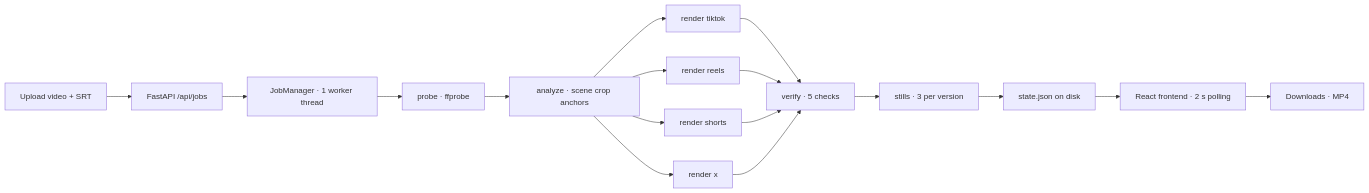
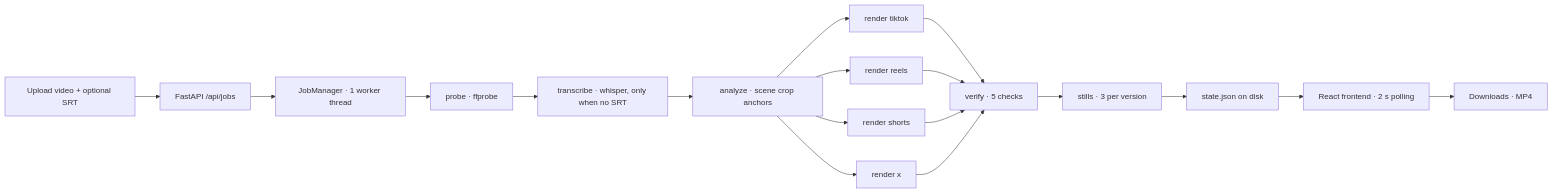
One commit to Divyanshu-kumar14/Edit-Once changed the diagram in README.md. Above: the diagram before and after it, drawn with Mermaid. The commit also changed other lines of this file, not shown here.

Commit message:
docs: README covers optional SRT + local transcription (M7)

````diff
--- a/README.md
+++ b/README.md
@@ -40,19 +44,20 @@
 ```mermaid
 flowchart LR
-    U[Upload video + SRT] --> API[FastAPI /api/jobs]
+    U[Upload video + optional SRT] --> API[FastAPI /api/jobs]
     API --> Q[JobManager · 1 worker thread]
     Q --> P[probe · ffprobe]
-    P --> A[analyze · scene crop anchors]
+    P --> T[transcribe · whisper, only when no SRT]
+    T --> A[analyze · scene crop anchors]
     A --> R1[render tiktok]
     A --> R2[render reels]
     A --> R3[render shorts]
     A --> R4[render x]
     R1 --> V[verify · 5 checks]
     R2 --> V
     R3 --> V
     R4 --> V
     V --> S[stills · 3 per version]
     S --> J[state.json on disk]
     J --> FE[React frontend · 2 s polling]
     FE --> D[Downloads · MP4]
 ```
````
